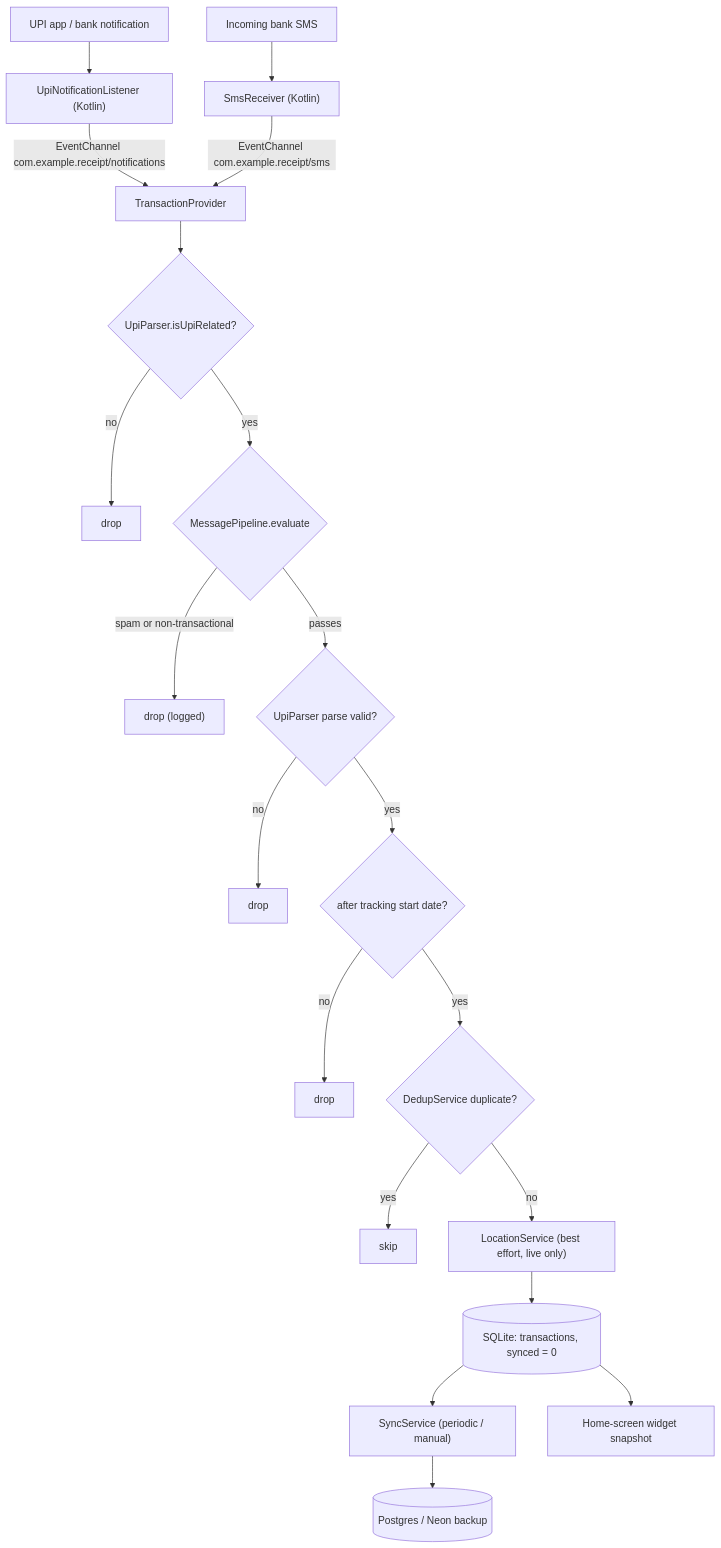
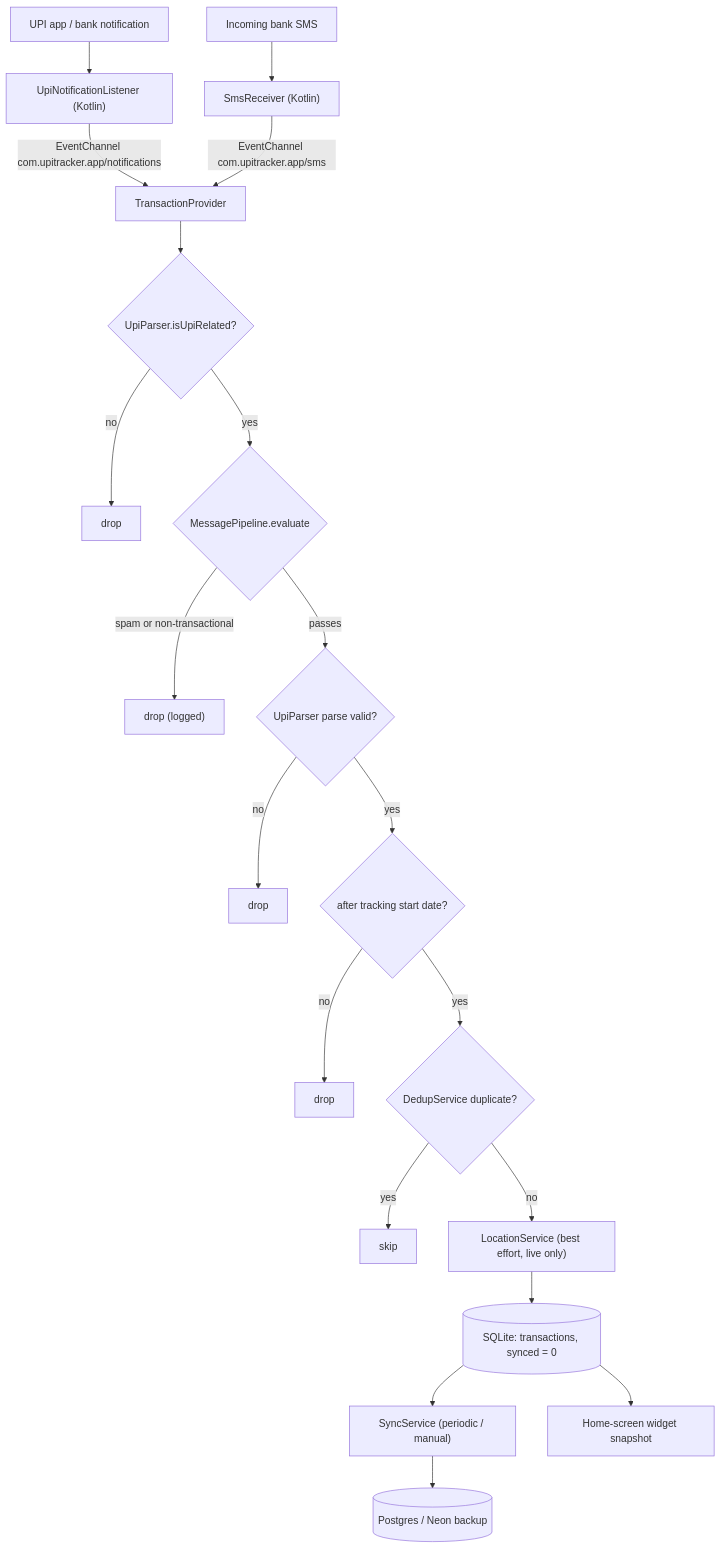
The diagram in docs/architecture.md (rohansen856/UPITracker), drawn with Mermaid before and after one commit. The commit also changed 16 other files, not shown here.

````diff
--- a/docs/architecture.md
+++ b/docs/architecture.md
@@ -22,22 +22,22 @@
 ```mermaid
 flowchart TD
     notif["UPI app / bank notification"] --> listener["UpiNotificationListener (Kotlin)"]
     sms["Incoming bank SMS"] --> receiver["SmsReceiver (Kotlin)"]
-    listener -->|"EventChannel com.example.receipt/notifications"| provider["TransactionProvider"]
-    receiver -->|"EventChannel com.example.receipt/sms"| provider
+    listener -->|"EventChannel com.upitracker.app/notifications"| provider["TransactionProvider"]
+    receiver -->|"EventChannel com.upitracker.app/sms"| provider
     provider --> prefilter{"UpiParser.isUpiRelated?"}
     prefilter -->|no| dropKw["drop"]
     prefilter -->|yes| mlgate{"MessagePipeline.evaluate"}
     mlgate -->|"spam or non-transactional"| dropMl["drop (logged)"]
     mlgate -->|passes| parse{"UpiParser parse valid?"}
     parse -->|no| dropParse["drop"]
     parse -->|yes| startdate{"after tracking start date?"}
     startdate -->|no| dropDate["drop"]
     startdate -->|yes| dedup{"DedupService duplicate?"}
     dedup -->|yes| dropDup["skip"]
     dedup -->|no| loc["LocationService (best effort, live only)"]
     loc --> sqlite[("SQLite: transactions, synced = 0")]
     sqlite --> sync["SyncService (periodic / manual)"]
     sync --> pg[("Postgres / Neon backup")]
     sqlite --> widget["Home-screen widget snapshot"]
 ```
````
